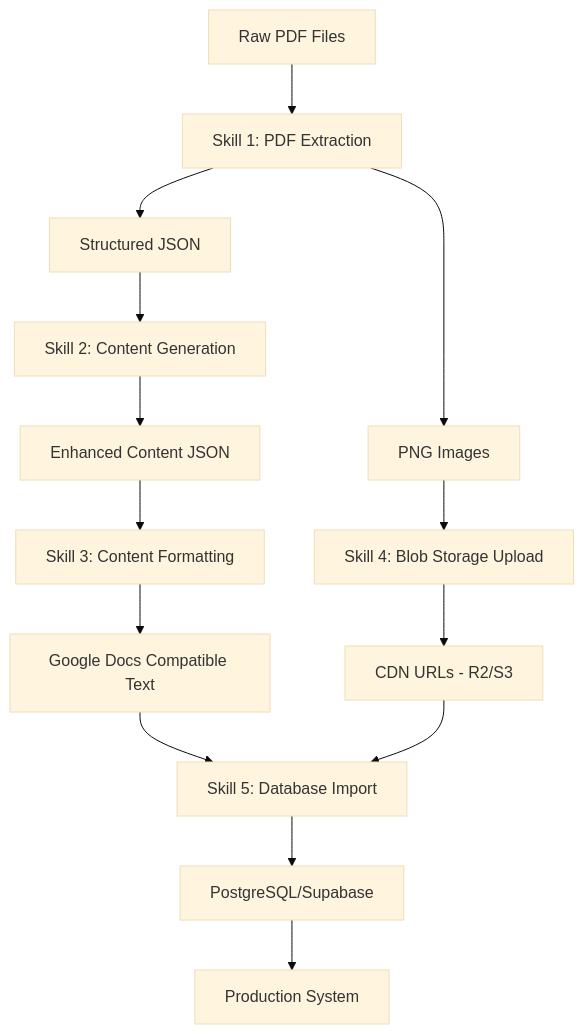
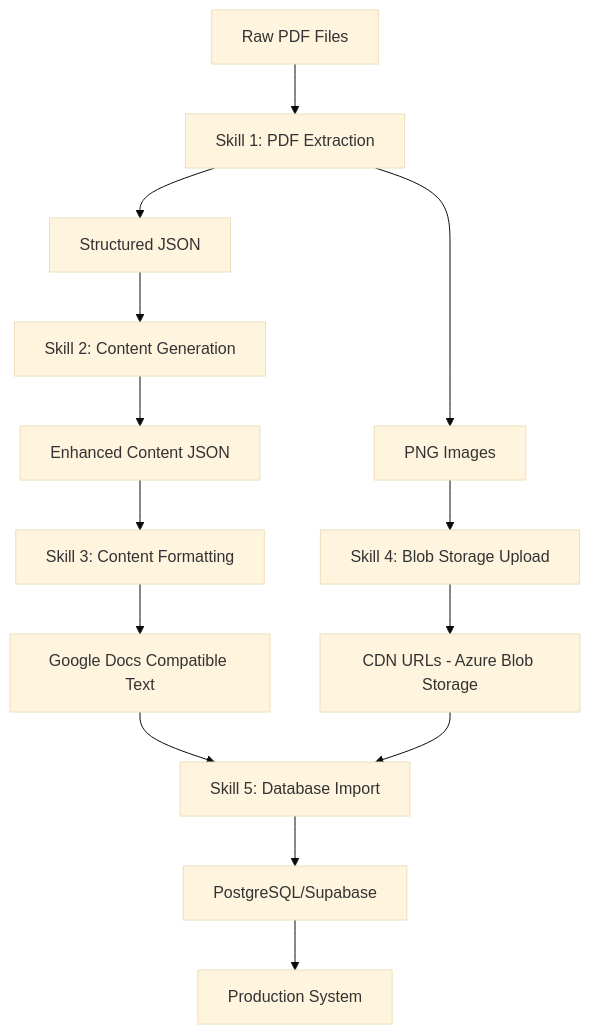
One commit to shmukit/Edmate changed the diagram in content_gen/docs/AGENTIC_WORKFLOW.md. Above: the diagram before and after it, drawn with Mermaid (base theme). The commit also changed other lines of this file, not shown here.

Commit message:
Update AGENTIC_WORKFLOW.md with complete Azure and Database integration flow

````diff
--- a/content_gen/docs/AGENTIC_WORKFLOW.md
+++ b/content_gen/docs/AGENTIC_WORKFLOW.md
@@ -13,16 +13,16 @@
 ```mermaid
 graph TB
     A[Raw PDF Files] --> B[Skill 1: PDF Extraction]
     B --> C[Structured JSON]
     B --> D[PNG Images]
     C --> E[Skill 2: Content Generation]
     E --> F[Enhanced Content JSON]
     F --> G[Skill 3: Content Formatting]
     G --> H[Google Docs Compatible Text]
     D --> I[Skill 4: Blob Storage Upload]
-    I --> J[CDN URLs - R2/S3]
+    I --> J[CDN URLs - Azure Blob Storage]
     H --> K[Skill 5: Database Import]
     J --> K
     K --> L[PostgreSQL/Supabase]
     L --> M[Production System]
 ```
````
